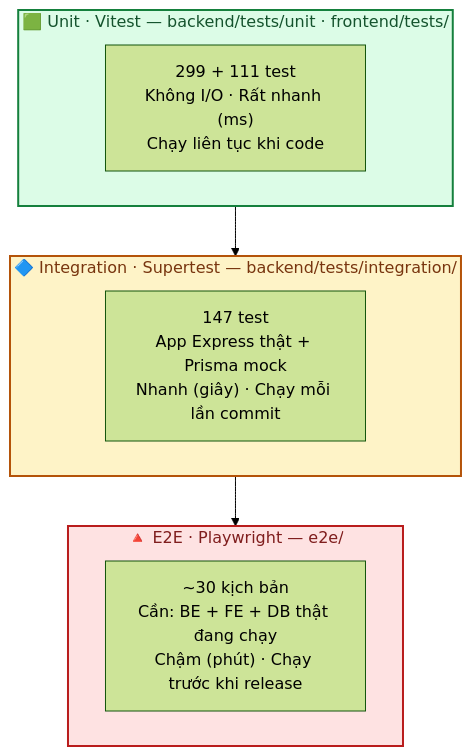
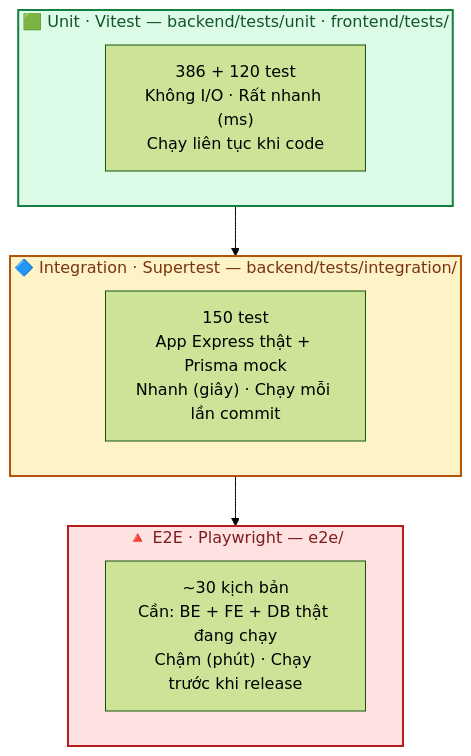
Before and after one commit to Hungvu0712/FLOWER: the first of 3 diagrams in docs/08-kiem-thu.md, drawn with Mermaid (forest theme). The commit also changed other lines of this file and 17 other files, not shown here.

````diff
--- a/docs/08-kiem-thu.md
+++ b/docs/08-kiem-thu.md
@@ -12,18 +12,18 @@
 ```mermaid
 flowchart TD
     subgraph E2E["🔺 E2E · Playwright — e2e/"]
         E["~30 kịch bản<br/>Cần: BE + FE + DB thật đang chạy<br/>Chậm (phút) · Chạy trước khi release"]
     end
     subgraph INT["🔷 Integration · Supertest — backend/tests/integration/"]
-        I["147 test<br/>App Express thật + Prisma mock<br/>Nhanh (giây) · Chạy mỗi lần commit"]
+        I["150 test<br/>App Express thật + Prisma mock<br/>Nhanh (giây) · Chạy mỗi lần commit"]
     end
     subgraph UNIT["🟩 Unit · Vitest — backend/tests/unit · frontend/tests/"]
-        U["299 + 111 test<br/>Không I/O · Rất nhanh (ms)<br/>Chạy liên tục khi code"]
+        U["386 + 120 test<br/>Không I/O · Rất nhanh (ms)<br/>Chạy liên tục khi code"]
     end
 
     UNIT --> INT --> E2E
 
     style E2E fill:#fee2e2,stroke:#b91c1c,stroke-width:2px,color:#7f1d1d
     style INT fill:#fef3c7,stroke:#b45309,stroke-width:2px,color:#78350f
     style UNIT fill:#dcfce7,stroke:#15803d,stroke-width:2px,color:#14532d
 ```
````
